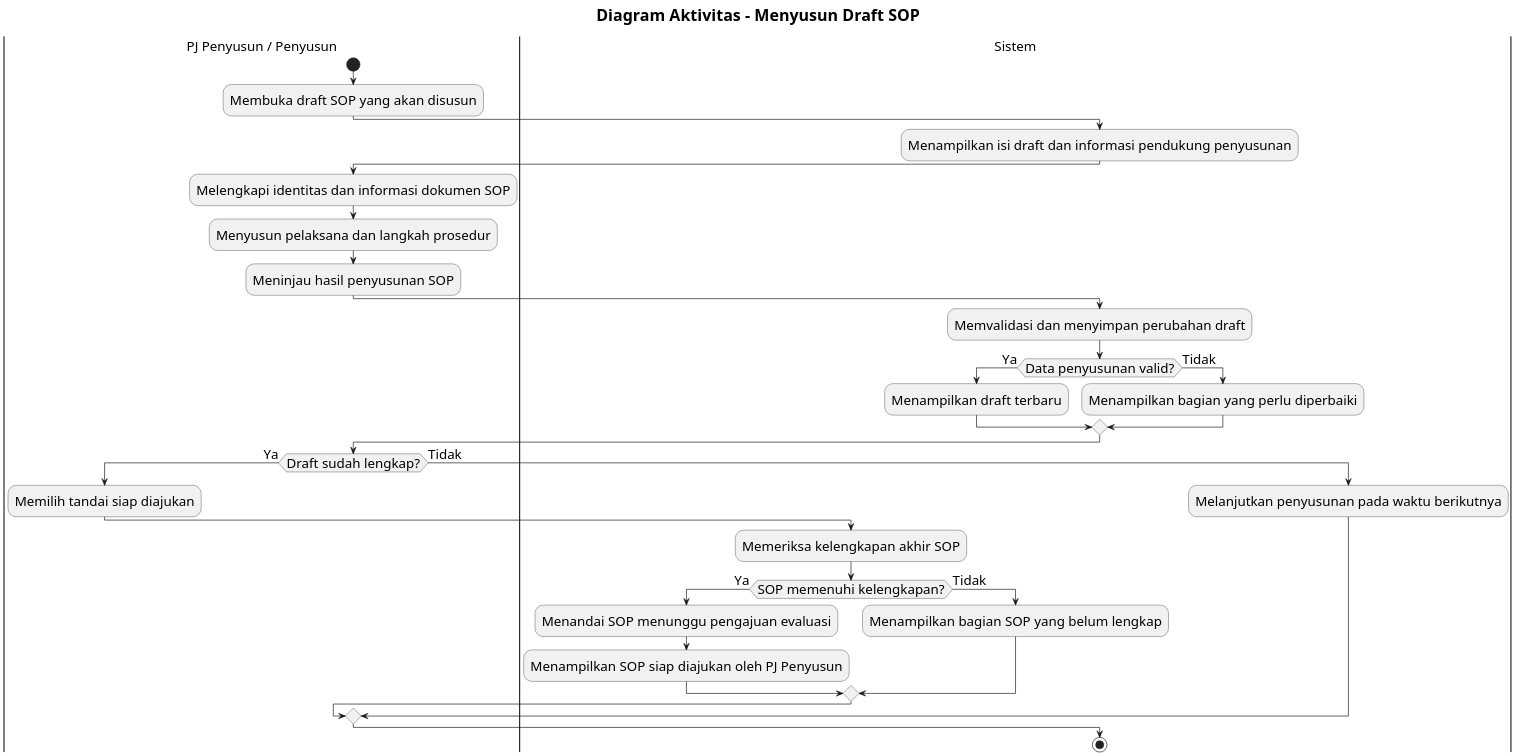
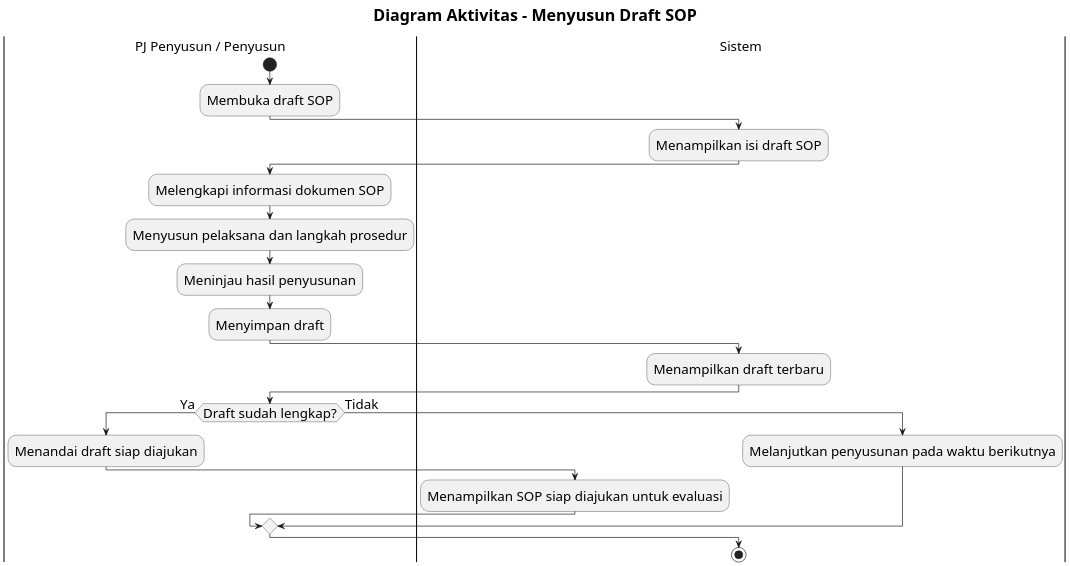
Before and after one commit to howlil/sop-generate-app: the diagram in docs/activity-diagram/pj-penyusun-penyusun-menyusun-draft-sop.md, drawn with PlantUML. The commit also changed other lines of this file and 20 other files, not shown here.

Commit message:
docs(activity): simplify flows to business-level design

````diff
--- a/docs/activity-diagram/pj-penyusun-penyusun-menyusun-draft-sop.md
+++ b/docs/activity-diagram/pj-penyusun-penyusun-menyusun-draft-sop.md
@@ -16,49 +16,38 @@
 ```plantuml
 @startuml
 skinparam defaultFontSize 20
 skinparam titleFontSize 24
 skinparam dpi 160
 
 title Diagram Aktivitas - Menyusun Draft SOP
 
 |PJ Penyusun / Penyusun|
 start
-:Membuka draft SOP yang akan disusun;
+:Membuka draft SOP;
 
 |Sistem|
-:Menampilkan isi draft dan informasi pendukung penyusunan;
+:Menampilkan isi draft SOP;
 
 |PJ Penyusun / Penyusun|
-:Melengkapi identitas dan informasi dokumen SOP;
+:Melengkapi informasi dokumen SOP;
 :Menyusun pelaksana dan langkah prosedur;
-:Meninjau hasil penyusunan SOP;
+:Meninjau hasil penyusunan;
+:Menyimpan draft;
 
 |Sistem|
-:Memvalidasi dan menyimpan perubahan draft;
-
-if (Data penyusunan valid?) then (Ya)
-  :Menampilkan draft terbaru;
-else (Tidak)
-  :Menampilkan bagian yang perlu diperbaiki;
-endif
+:Menampilkan draft terbaru;
 
 |PJ Penyusun / Penyusun|
 if (Draft sudah lengkap?) then (Ya)
-  :Memilih tandai siap diajukan;
+  :Menandai draft siap diajukan;
 
   |Sistem|
-  :Memeriksa kelengkapan akhir SOP;
-  if (SOP memenuhi kelengkapan?) then (Ya)
-    :Menandai SOP menunggu pengajuan evaluasi;
-    :Menampilkan SOP siap diajukan oleh PJ Penyusun;
-  else (Tidak)
-    :Menampilkan bagian SOP yang belum lengkap;
-  endif
+  :Menampilkan SOP siap diajukan untuk evaluasi;
 else (Tidak)
   :Melanjutkan penyusunan pada waktu berikutnya;
 endif
 
 stop
 
 @enduml
 ```
````
